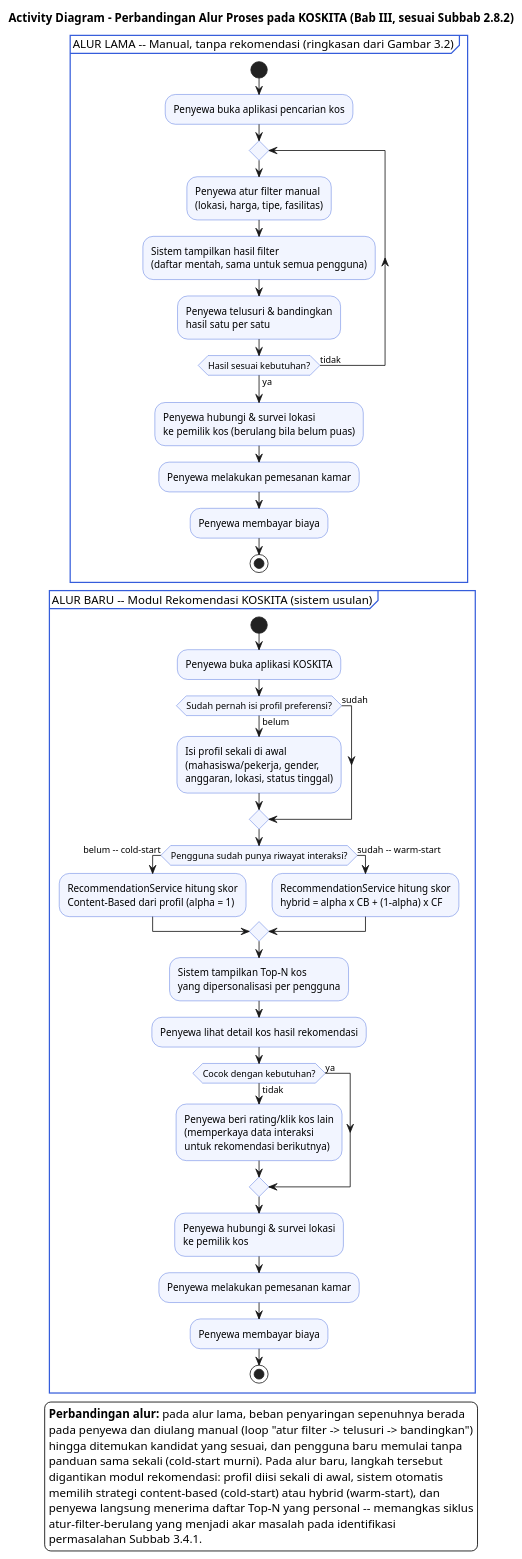
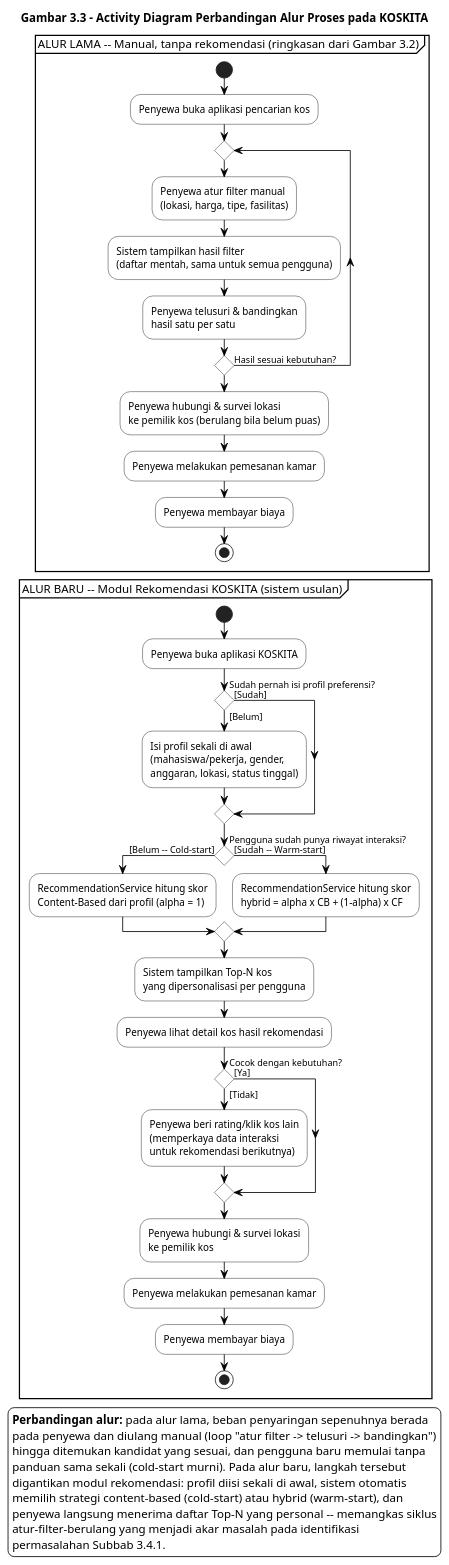
The diagram in docs/diagrams/skripsi/gambar-activity-perbandingan.puml (bryandaniel1304/koskita), drawn with PlantUML before and after one commit. The commit also changed 45 other files, not shown here.

First line of the commit message:
Pecah use case diagram per aktor & lengkapi diagram activity skripsi

```diff
--- a/docs/diagrams/skripsi/gambar-activity-perbandingan.puml
+++ b/docs/diagrams/skripsi/gambar-activity-perbandingan.puml
@@ -1,59 +1,68 @@
 @startuml gambar-activity-perbandingan
-title Activity Diagram - Perbandingan Alur Proses pada KOSKITA (Bab III, sesuai Subbab 2.8.2)
+title Gambar 3.3 - Activity Diagram Perbandingan Alur Proses pada KOSKITA
 skinparam backgroundColor White
-skinparam ActivityBackgroundColor #F2F5FF
-skinparam ActivityBorderColor #355DDB
-skinparam PartitionBorderColor #355DDB
+skinparam ActivityBackgroundColor White
+skinparam ActivityBorderColor Black
+' Paksa semua titik keputusan (if/then/else DAN repeat-while) pakai wajik/diamond
+' standar UML -- tanpa ini, if/then/else di-render sebagai hexagon oleh sebagian
+' renderer PlantUML, tidak konsisten dengan repeat-while (yang otomatis diamond)
+' maupun Tabel 2.4 "Notasi Activity Diagram" di Bab II skripsi.
+skinparam ConditionStyle diamond
+skinparam ArrowColor Black
+skinparam PartitionBorderColor Black
 skinparam PartitionBackgroundColor White
+skinparam SwimlaneBorderColor Black
+skinparam NoteBackgroundColor #FFFFCC
+skinparam NoteBorderColor Black
 
 partition "ALUR LAMA -- Manual, tanpa rekomendasi (ringkasan dari Gambar 3.2)" {
   start
   :Penyewa buka aplikasi pencarian kos;
   repeat
     :Penyewa atur filter manual\n(lokasi, harga, tipe, fasilitas);
     :Sistem tampilkan hasil filter\n(daftar mentah, sama untuk semua pengguna);
     :Penyewa telusuri & bandingkan\nhasil satu per satu;
-  repeat while (Hasil sesuai kebutuhan?) is (tidak) not (ya)
+  repeat while (Hasil sesuai kebutuhan?) is ([Tidak]) not ([Ya])
   :Penyewa hubungi & survei lokasi\nke pemilik kos (berulang bila belum puas);
   :Penyewa melakukan pemesanan kamar;
   :Penyewa membayar biaya;
   stop
 }
 
 partition "ALUR BARU -- Modul Rekomendasi KOSKITA (sistem usulan)" {
   start
   :Penyewa buka aplikasi KOSKITA;
-  if (Sudah pernah isi profil preferensi?) then (belum)
+  if (Sudah pernah isi profil preferensi?) then ([Belum])
     :Isi profil sekali di awal\n(mahasiswa/pekerja, gender,\nanggaran, lokasi, status tinggal);
-  else (sudah)
+  else ([Sudah])
   endif
-  if (Pengguna sudah punya riwayat interaksi?) then (belum -- cold-start)
+  if (Pengguna sudah punya riwayat interaksi?) then ([Belum -- Cold-start])
     :RecommendationService hitung skor\nContent-Based dari profil (alpha = 1);
-  else (sudah -- warm-start)
+  else ([Sudah -- Warm-start])
     :RecommendationService hitung skor\nhybrid = alpha x CB + (1-alpha) x CF;
   endif
   :Sistem tampilkan Top-N kos\nyang dipersonalisasi per pengguna;
   :Penyewa lihat detail kos hasil rekomendasi;
-  if (Cocok dengan kebutuhan?) then (ya)
-  else (tidak)
+  if (Cocok dengan kebutuhan?) then ([Ya])
+  else ([Tidak])
     :Penyewa beri rating/klik kos lain\n(memperkaya data interaksi\nuntuk rekomendasi berikutnya);
   endif
   :Penyewa hubungi & survei lokasi\nke pemilik kos;
   :Penyewa melakukan pemesanan kamar;
   :Penyewa membayar biaya;
   stop
 }
 
 legend right
   <b>Perbandingan alur:</b> pada alur lama, beban penyaringan sepenuhnya berada
   pada penyewa dan diulang manual (loop "atur filter -> telusuri -> bandingkan")
   hingga ditemukan kandidat yang sesuai, dan pengguna baru memulai tanpa
   panduan sama sekali (cold-start murni). Pada alur baru, langkah tersebut
   digantikan modul rekomendasi: profil diisi sekali di awal, sistem otomatis
   memilih strategi content-based (cold-start) atau hybrid (warm-start), dan
   penyewa langsung menerima daftar Top-N yang personal -- memangkas siklus
   atur-filter-berulang yang menjadi akar masalah pada identifikasi
   permasalahan Subbab 3.4.1.
 end legend
 
 @enduml
```
